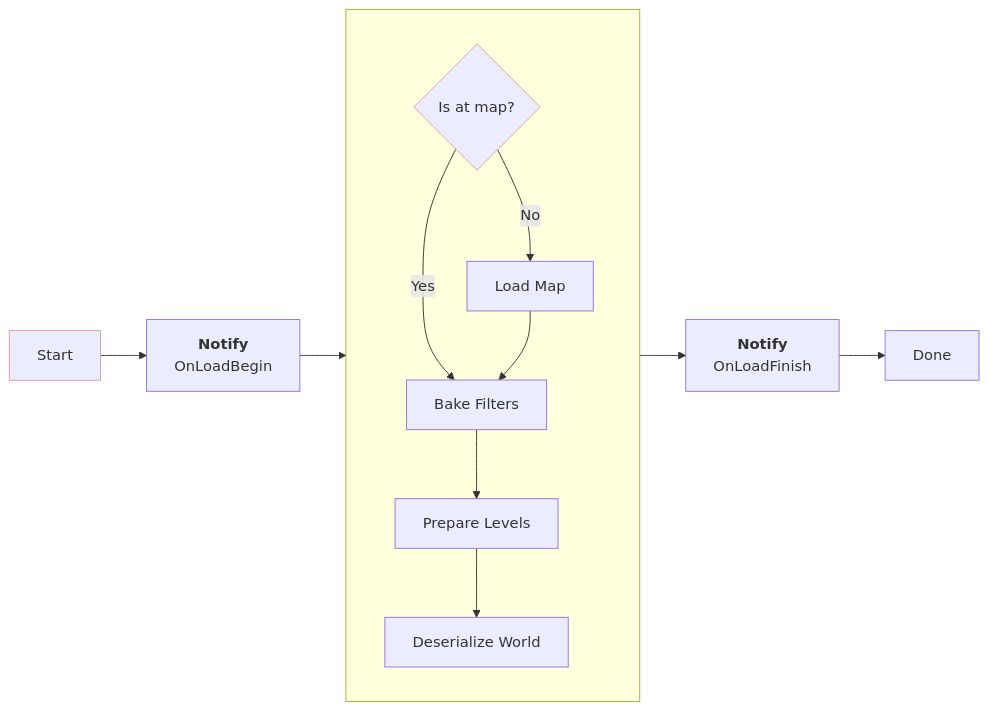
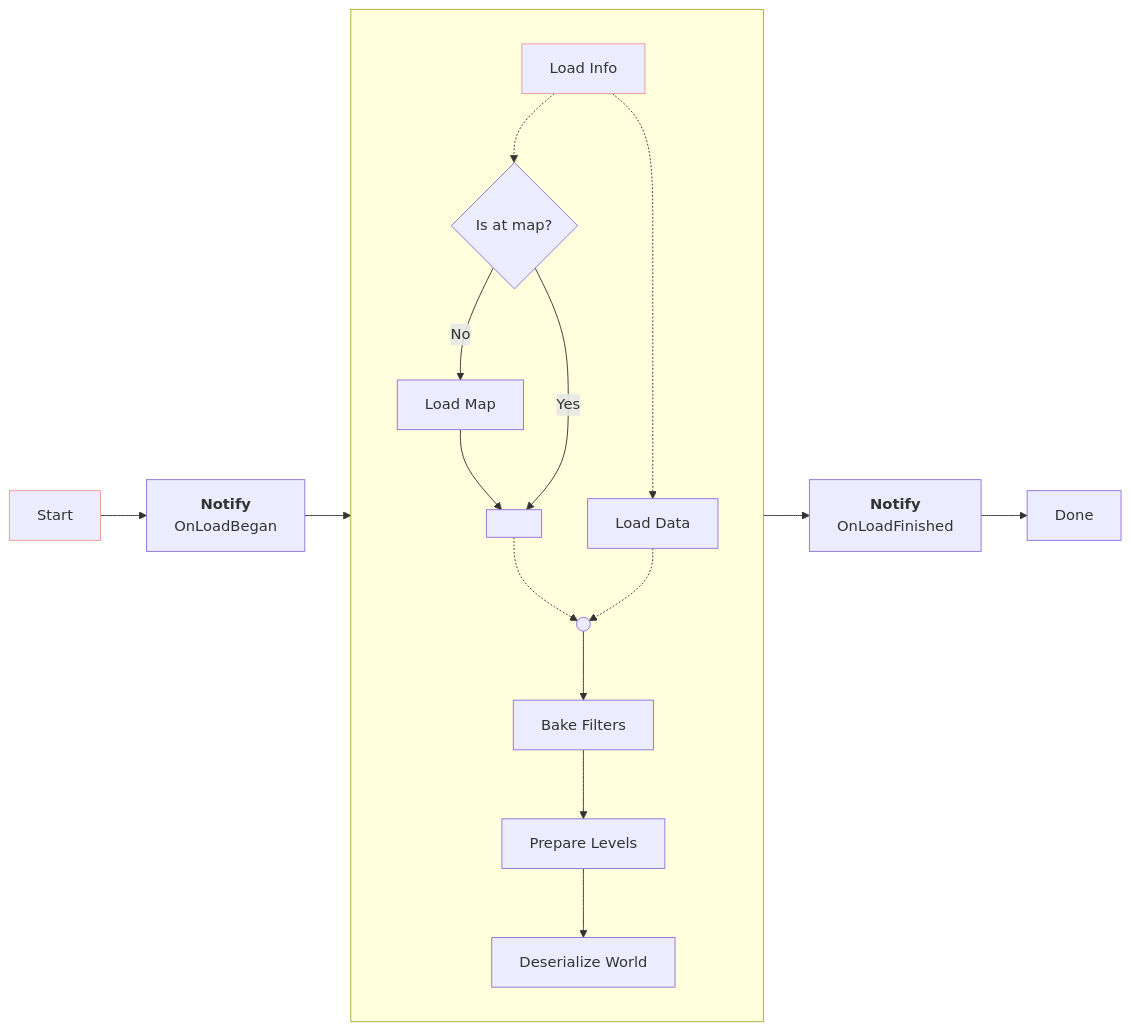
One commit to PipeRift/SaveExtension changed the first of 3 diagrams in Docs/resources/loading-process.md. Above: the diagram before and after it, drawn with Mermaid. The commit also changed other lines of this file and 11 other files, not shown here.

````diff
--- a/Docs/resources/loading-process.md
+++ b/Docs/resources/loading-process.md
@@ -4,20 +5,22 @@
 ```mermaid
 flowchart LR
     classDef CEntry stroke:#ea9999;
 
-    A[Start]:::CEntry --> B[<b>Notify</b><br>OnLoadBegin]
+    A[Start]:::CEntry --> B[<b>Notify</b><br>OnLoadBegan]
     B --> Load
-    Load --> C[<b>Notify</b><br>OnLoadFinish]
+    Load --> C[<b>Notify</b><br>OnLoadFinished]
     C --> D[Done]
 
     subgraph Load [ ]
-        LoadB{Is at map?}:::CEntry;
+        LoadA[Load Info]:::CEntry -.-> LoadB{Is at map?};
+        LoadA -.-> LoadG[Load Data]
         LoadB -->|No| LoadC[Load Map];
-        LoadB -->|Yes| LoadD[Bake Filters];
-        LoadC --> LoadD;
+        LoadC --> LoadMapLoaded
+        LoadB -->|Yes| LoadMapLoaded;
+        LoadMapLoaded[ ] -.-> LoadWait(( ))
+        LoadG -.-> LoadWait
+        LoadWait --> LoadD[Bake Filters];
         LoadD --> LoadE[Prepare Levels];
         LoadE --> LoadF[Deserialize World];
-
-        click LoadE "./?id=deserialize-world" "Deserialize World" _blank
     end
 ```
````
